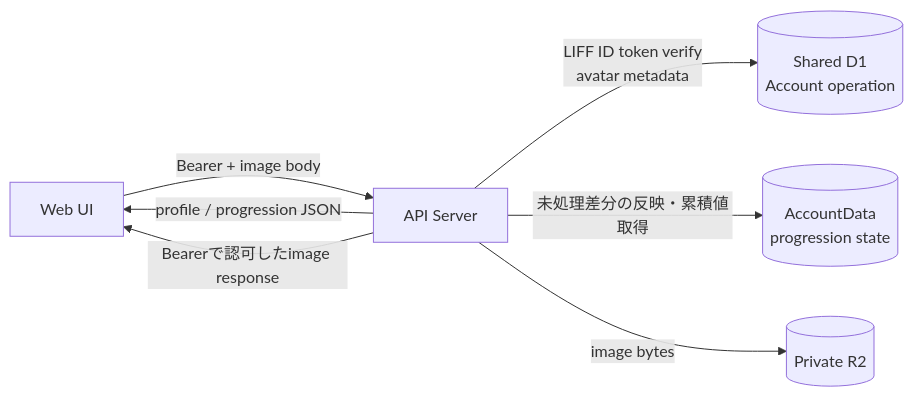
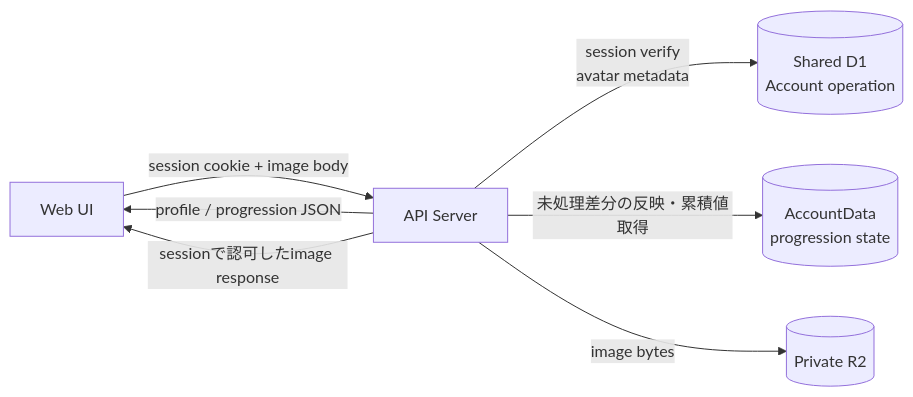
Before and after one commit to kkyosuke/me-builder: the diagram in docs/development/profile-api.md, drawn with Mermaid. The commit also changed other lines of this file and 116 other files, not shown here.

````diff
--- a/docs/development/profile-api.md
+++ b/docs/development/profile-api.md
@@ -112,9 +112,9 @@
 ```mermaid
 flowchart LR
-    W[Web UI] -->|Bearer + image body| API[API Server]
-    API -->|LIFF ID token verify<br/>avatar metadata| D1[(Shared D1<br/>Account operation)]
+    W[Web UI] -->|session cookie + image body| API[API Server]
+    API -->|session verify<br/>avatar metadata| D1[(Shared D1<br/>Account operation)]
     API -->|未処理差分の反映・累積値取得| AD[(AccountData<br/>progression state)]
     API -->|image bytes| R2[(Private R2)]
     API -->|profile / progression JSON| W
-    API -->|Bearerで認可したimage response| W
+    API -->|sessionで認可したimage response| W
 ```
````
